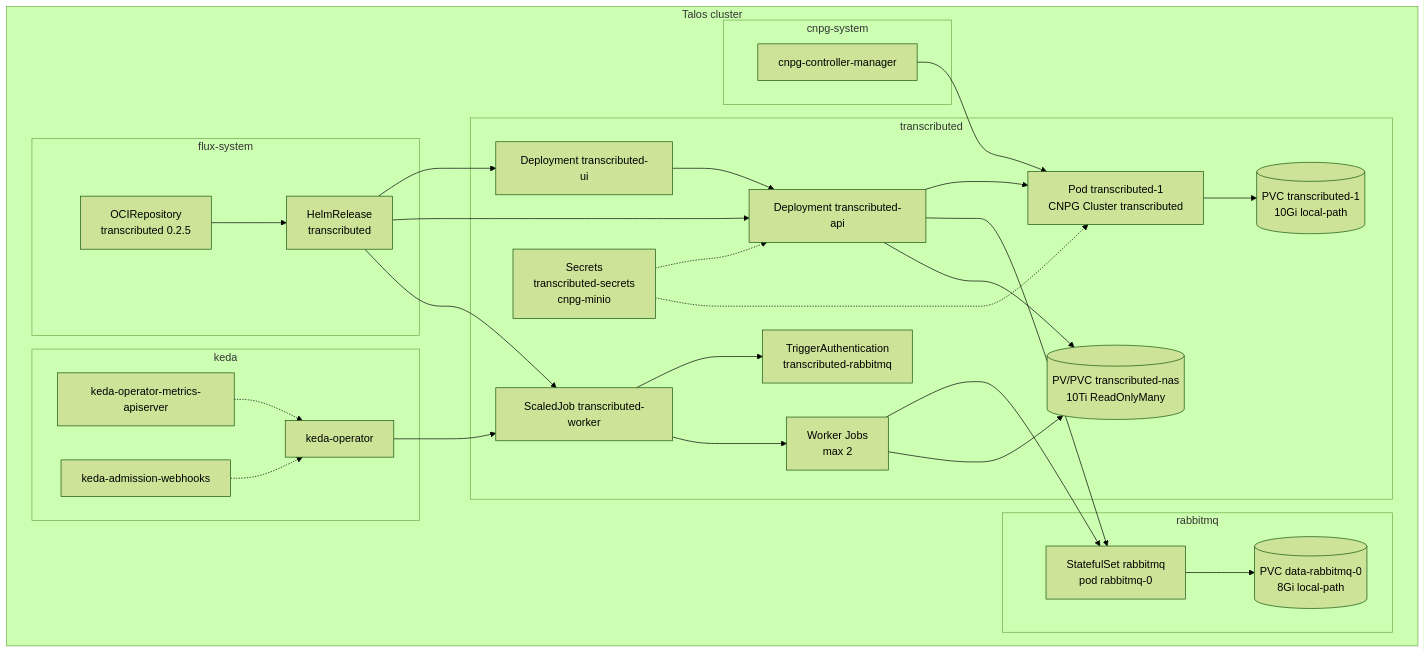
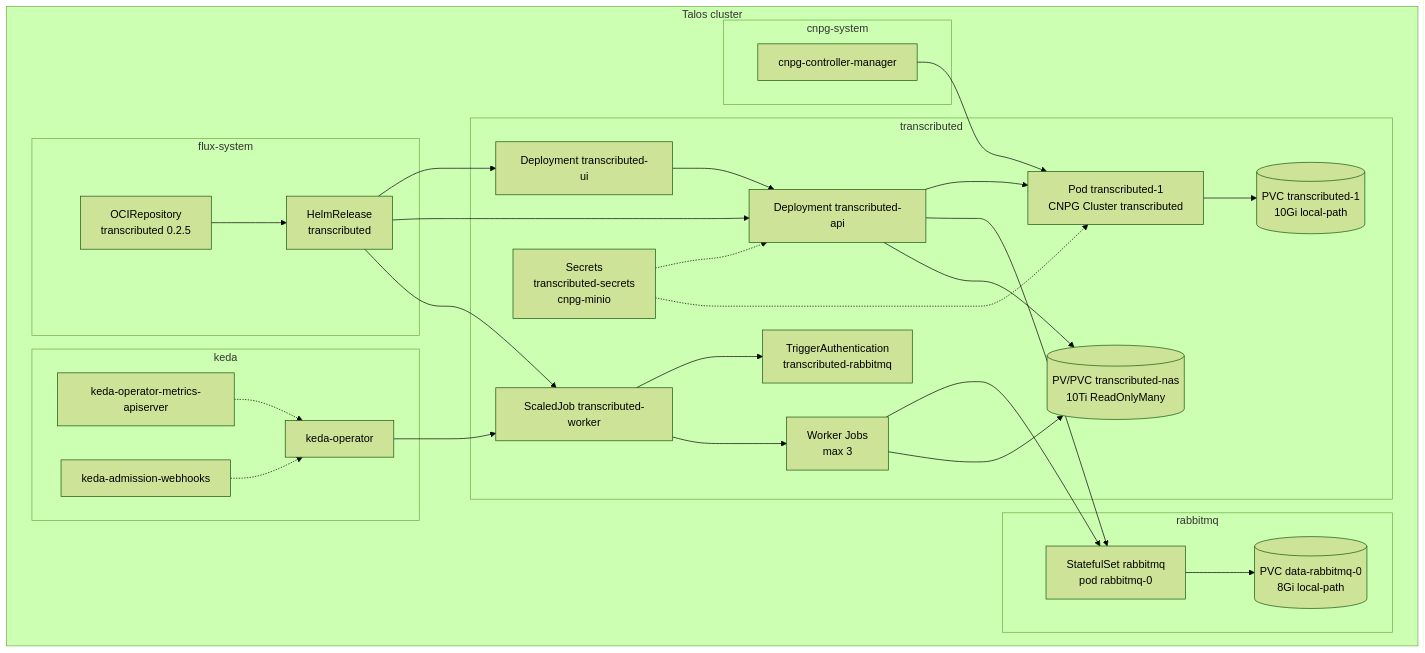
The second of 2 diagrams in docs/wiki/pages/transcributed-talos.md (rykhalskyi/homelab), drawn with Mermaid (forest theme) before and after one commit. The commit also changed other lines of this file and 7 other files, not shown here.

````diff
--- a/docs/wiki/pages/transcributed-talos.md
+++ b/docs/wiki/pages/transcributed-talos.md
@@ -86,57 +86,57 @@
 ```mermaid
 flowchart TB
   subgraph cluster["Talos cluster"]
     subgraph nsflux["flux-system"]
       oci["OCIRepository<br/>transcributed 0.2.5"]
       hr["HelmRelease<br/>transcributed"]
     end
 
     subgraph nskeda["keda"]
       ko["keda-operator"]
       km["keda-operator-metrics-apiserver"]
       kw["keda-admission-webhooks"]
     end
 
     subgraph nsrabbit["rabbitmq"]
       rmq["StatefulSet rabbitmq<br/>pod rabbitmq-0"]
       rpvc[("PVC data-rabbitmq-0<br/>8Gi local-path")]
     end
 
     subgraph nstx["transcributed"]
       ui["Deployment transcributed-ui"]
       api["Deployment transcributed-api"]
       sj["ScaledJob transcributed-worker"]
       ta["TriggerAuthentication<br/>transcributed-rabbitmq"]
-      wj["Worker Jobs<br/>max 2"]
+      wj["Worker Jobs<br/>max 3"]
       db["Pod transcributed-1<br/>CNPG Cluster transcributed"]
       dbpvc[("PVC transcributed-1<br/>10Gi local-path")]
       naspv[("PV/PVC transcributed-nas<br/>10Ti ReadOnlyMany")]
       sec["Secrets<br/>transcributed-secrets<br/>cnpg-minio"]
     end
 
     subgraph nscnpg["cnpg-system"]
       cnpg["cnpg-controller-manager"]
     end
   end
 
   oci --> hr
   hr --> ui
   hr --> api
   hr --> sj
   ui --> api
   sj --> ta
   sj --> wj
   api --> db
   api --> rmq
   api --> naspv
   wj --> rmq
   wj --> naspv
   db --> dbpvc
   rmq --> rpvc
   ko --> sj
   km -.-> ko
   kw -.-> ko
   cnpg --> db
   sec -.-> api
   sec -.-> db
 ```
````
